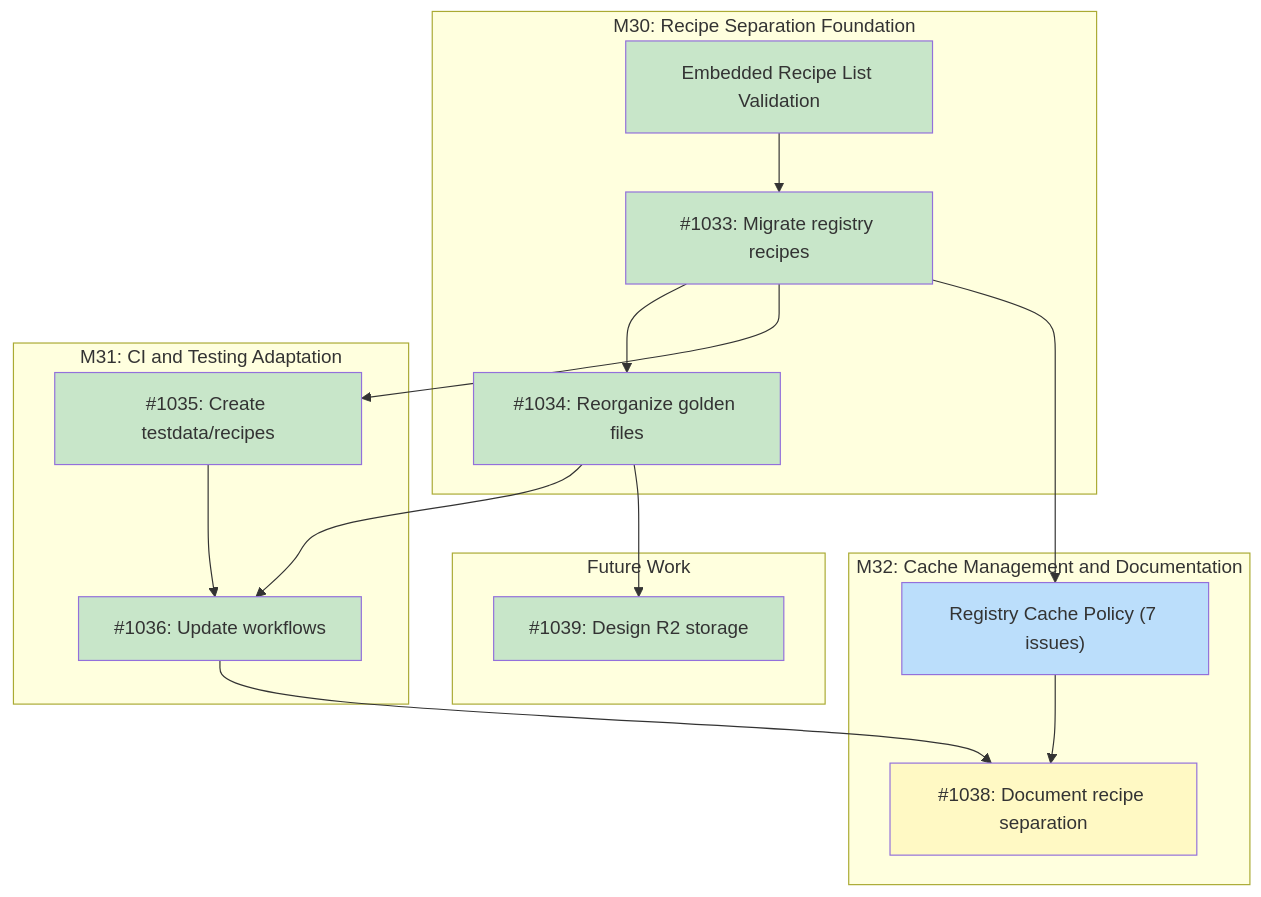
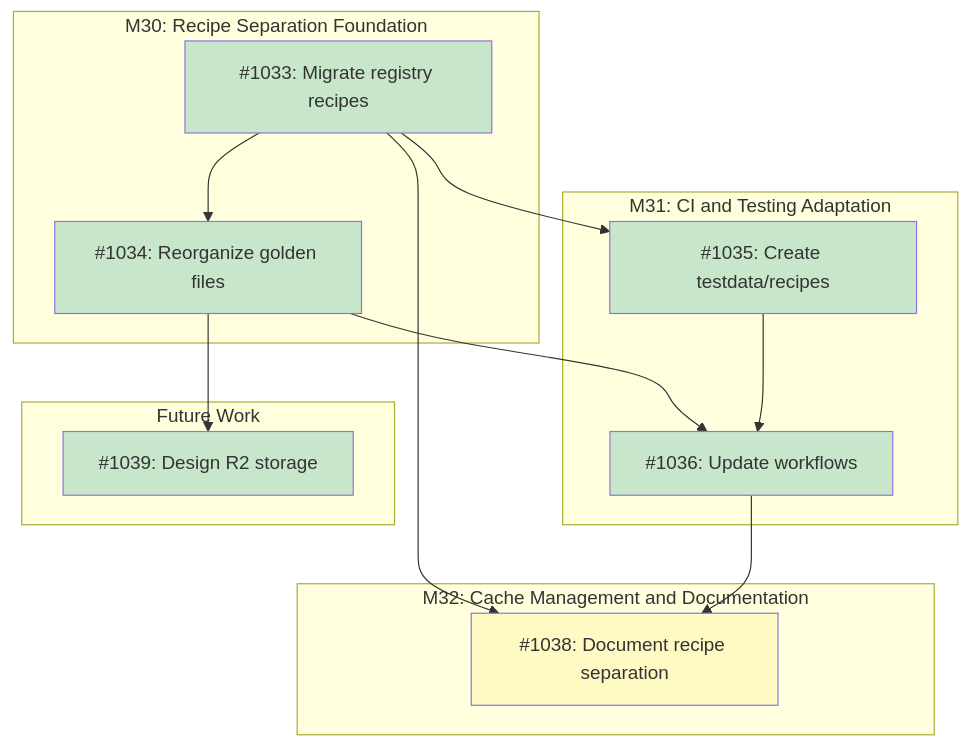
Before and after one commit to tsukumogami/tsuku: the diagram in docs/designs/DESIGN-recipe-registry-separation.md, drawn with Mermaid. The commit also changed 23 other files, not shown here.

````diff
--- a/docs/designs/DESIGN-recipe-registry-separation.md
+++ b/docs/designs/DESIGN-recipe-registry-separation.md
@@ -46,46 +46,40 @@
 ```mermaid
 graph TD
     subgraph M30["M30: Recipe Separation Foundation"]
-        ERLV["Embedded Recipe List Validation"]
         I1033["#1033: Migrate registry recipes"]
         I1034["#1034: Reorganize golden files"]
     end
 
     subgraph M31["M31: CI and Testing Adaptation"]
         I1035["#1035: Create testdata/recipes"]
         I1036["#1036: Update workflows"]
     end
 
     subgraph M32["M32: Cache Management and Documentation"]
-        M33["Registry Cache Policy (7 issues)"]
         I1038["#1038: Document recipe separation"]
     end
 
     subgraph Future["Future Work"]
         I1039["#1039: Design R2 storage"]
     end
 
-    ERLV --> I1033
     I1033 --> I1034
     I1033 --> I1035
-    I1033 --> M33
+    I1033 --> I1038
     I1034 --> I1036
     I1035 --> I1036
     I1034 --> I1039
     I1036 --> I1038
-    M33 --> I1038
 
     classDef done fill:#c8e6c9
     classDef ready fill:#bbdefb
     classDef blocked fill:#fff9c4
     classDef needsDesign fill:#e1bee7
 
-    class ERLV done
     class I1033 done
     class I1034 done
     class I1035 done
     class I1036 done
     class I1038 blocked
-    class M33 ready
     class I1039 done
 ```
````
